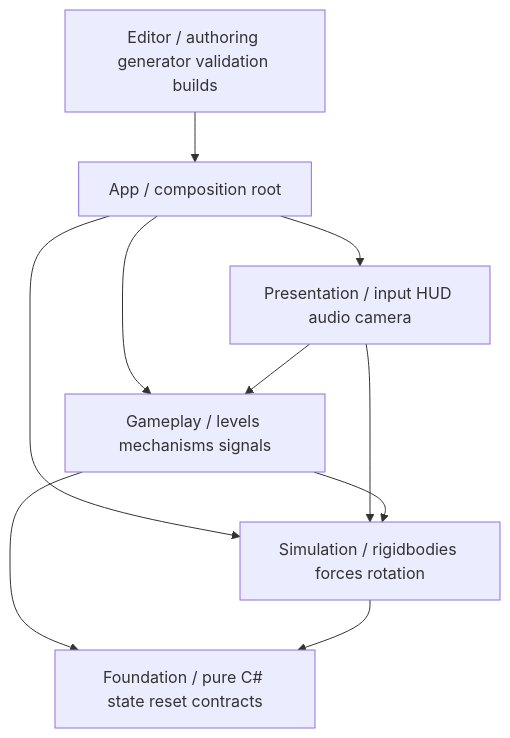
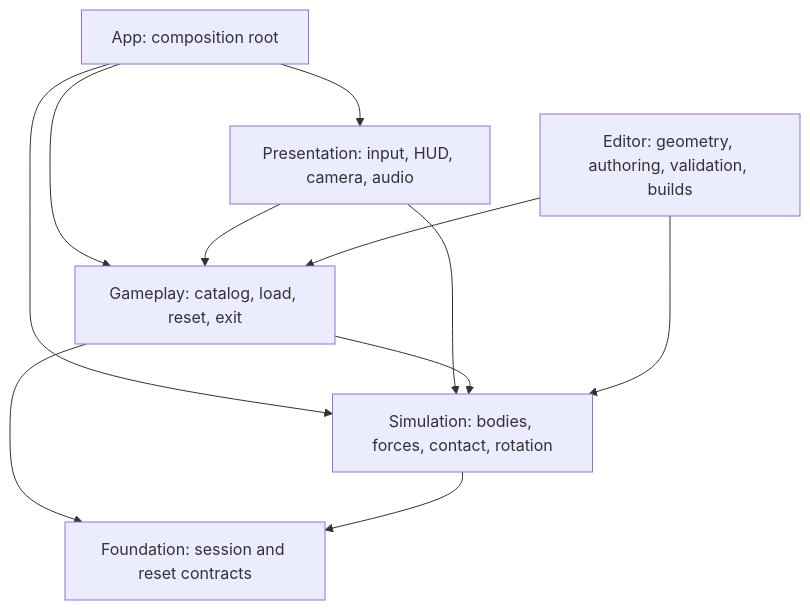
The diagram in Docs/ARCHITECTURE.md (nghienvothuat-a11y/GravityBox), drawn with Mermaid before and after one commit. The commit also changed other lines of this file and 127 other files, not shown here.

````diff
--- a/Docs/ARCHITECTURE.md
+++ b/Docs/ARCHITECTURE.md
@@ -7,13 +7,14 @@
 ```mermaid
 flowchart TD
-    App[App / composition root] --> Presentation
+    App[App: composition root] --> Presentation
     App --> Gameplay
     App --> Simulation
-    Presentation[Presentation / input HUD audio camera] --> Gameplay
+    Presentation[Presentation: input, HUD, camera, audio] --> Gameplay
     Presentation --> Simulation
-    Gameplay[Gameplay / levels mechanisms signals] --> Simulation
+    Gameplay[Gameplay: catalog, load, reset, exit] --> Simulation
     Gameplay --> Foundation
-    Simulation[Simulation / rigidbodies forces rotation] --> Foundation
-    Foundation[Foundation / pure C# state reset contracts]
-    Editor[Editor / authoring generator validation builds] --> App
+    Simulation[Simulation: bodies, forces, contact, rotation] --> Foundation
+    Foundation[Foundation: session and reset contracts]
+    Editor[Editor: geometry, authoring, validation, builds] --> Gameplay
+    Editor --> Simulation
 ```
````
